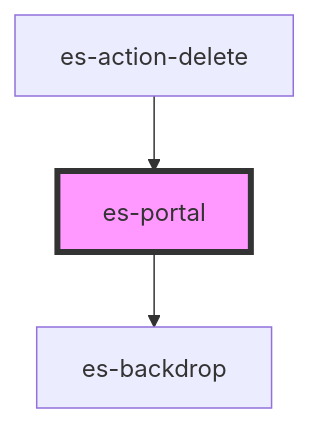
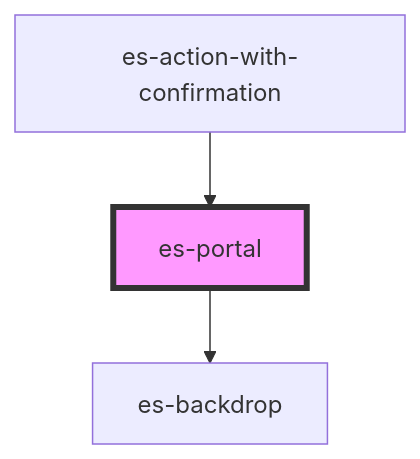
The diagram in packages/components/src/components/es-portal/readme.md (EventStore/Design-System), drawn with Mermaid before and after one commit. The commit also changed other lines of this file and 30 other files, not shown here.

Commit message:
Rework `es-action-delete` to `es-action-with-confirmation` to be more generic - Rename / rework `es-delete-modal` to `es-confirm-modal` - Replace `es-action-delete` with `ActionDelete` - Replace `es-action-copy` with `ActionCopy` - Update usage and demos

````diff
--- a/packages/components/src/components/es-portal/readme.md
+++ b/packages/components/src/components/es-portal/readme.md
@@ -125,6 +125,6 @@
 ```mermaid
 graph TD;
   es-portal --> es-backdrop
-  es-action-delete --> es-portal
+  es-action-with-confirmation --> es-portal
   style es-portal fill:#f9f,stroke:#333,stroke-width:4px
 ```
````
